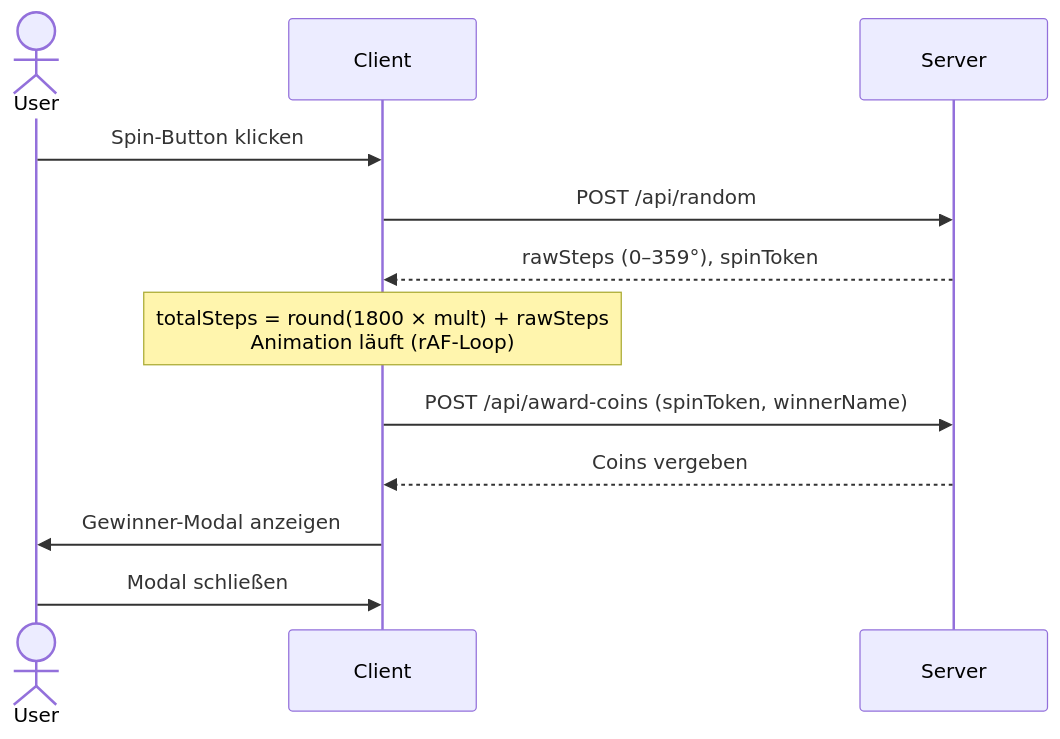
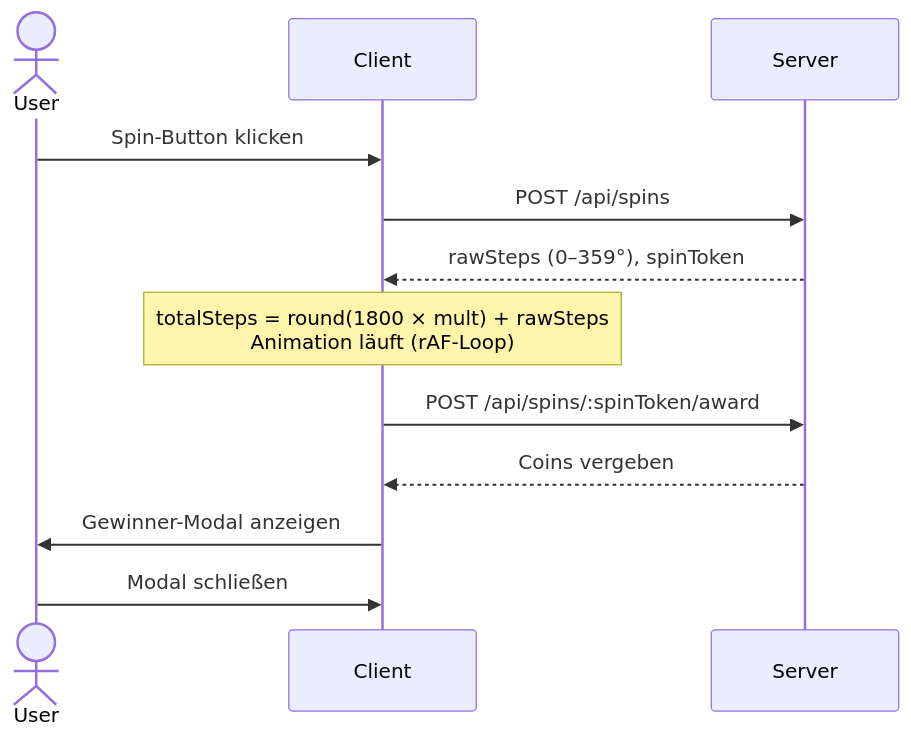
The diagram in docs/spin/spin-sequence-diagram.md (Aramis-Seitz/Family-Guy-Wheel-of-Fortune), drawn with Mermaid before and after one commit.

Commit message:
docs(spin) :Update API endpoints in spin sequence diagram

````diff
--- a/docs/spin/spin-sequence-diagram.md
+++ b/docs/spin/spin-sequence-diagram.md
@@ -3,18 +3,18 @@
 ```mermaid
 sequenceDiagram
     actor User
     participant Client
     participant Server
 
     User->>Client: Spin-Button klicken
-    Client->>Server: POST /api/random
+    Client->>Server: POST /api/spins
     Server-->>Client: rawSteps (0–359°), spinToken
 
     Note over Client: totalSteps = round(1800 × mult) + rawSteps<br/>Animation läuft (rAF-Loop)
 
-    Client->>Server: POST /api/award-coins (spinToken, winnerName)
+    Client->>Server: POST /api/spins/:spinToken/award
     Server-->>Client: Coins vergeben
 
     Client->>User: Gewinner-Modal anzeigen
     User->>Client: Modal schließen
 ```
````
